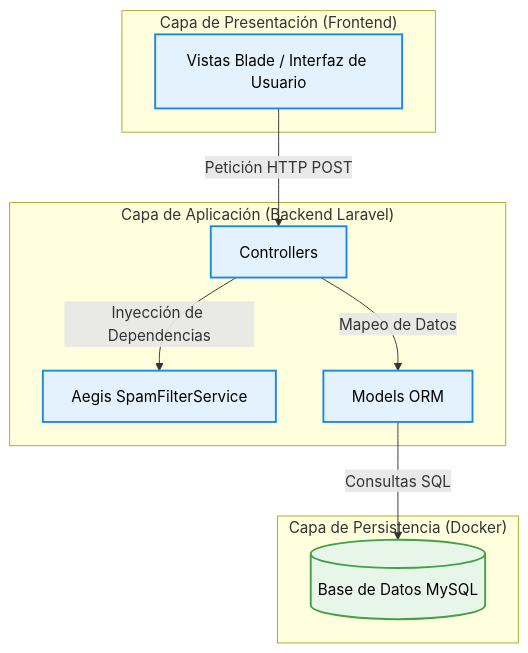
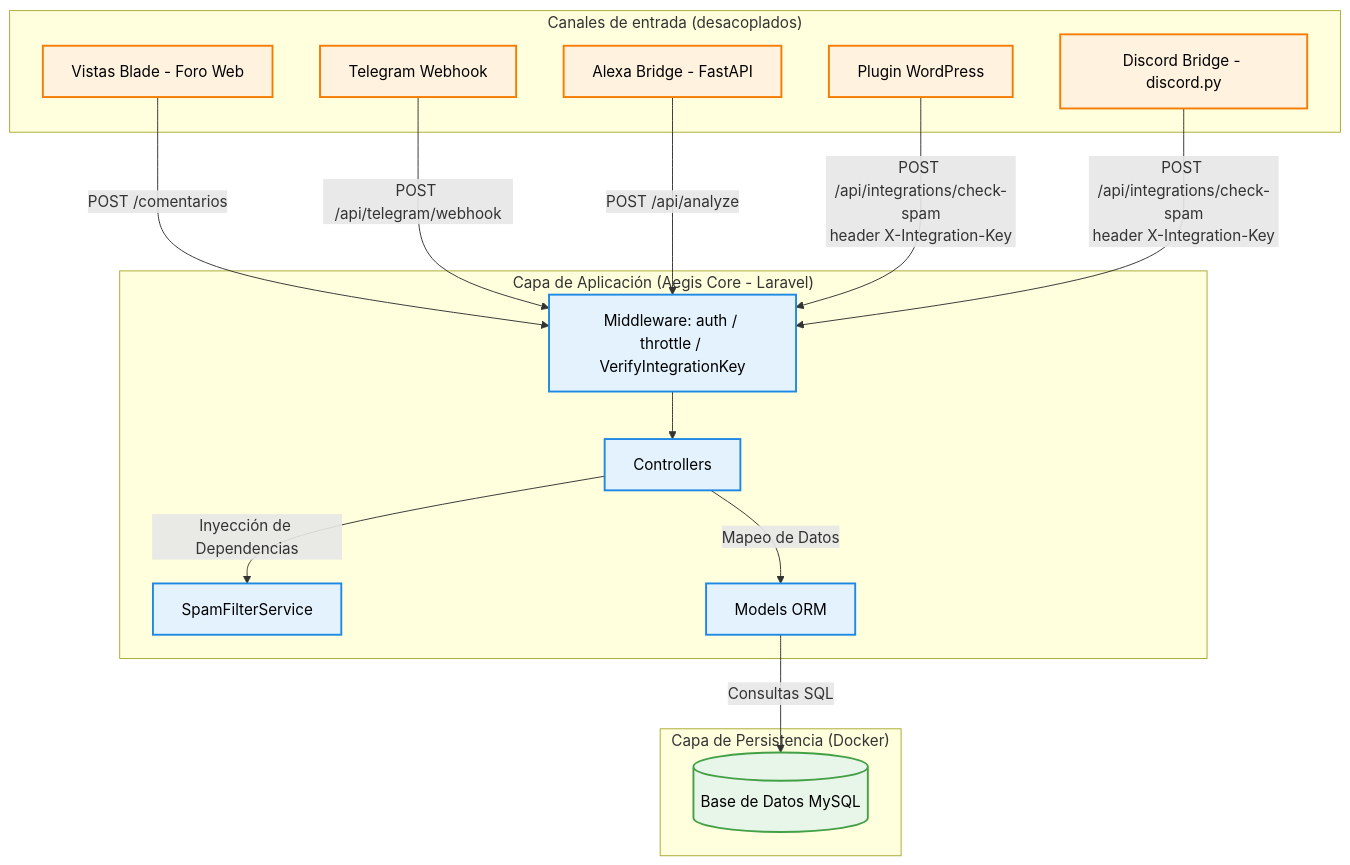
The second of 11 diagrams in docs/FD04-Informe-Arquitectura.md (UPT-FAING-EPIS/proyecto-si784-2026-i-u1-antispam), drawn with Mermaid before and after one commit. The commit also changed other lines of this file, not shown here.

First line of the commit message:
Actualizar diagramas Mermaid del FD04 a la arquitectura real del sistema

````diff
--- a/docs/FD04-Informe-Arquitectura.md
+++ b/docs/FD04-Informe-Arquitectura.md
@@ -147,24 +180,36 @@
 ```mermaid
 flowchart TD
     classDef layer fill:#e3f2fd,stroke:#1e88e5,stroke-width:2px,color:#000
     classDef db fill:#e8f5e9,stroke:#43a047,stroke-width:2px,color:#000
+    classDef external fill:#fff3e0,stroke:#f57c00,stroke-width:2px,color:#000
 
-    subgraph Presentacion ["Capa de Presentación (Frontend)"]
-        UI[Vistas Blade / Interfaz de Usuario]:::layer
+    subgraph Canales ["Canales de entrada (desacoplados)"]
+        UI[Vistas Blade - Foro Web]:::external
+        TG[Telegram Webhook]:::external
+        AX[Alexa Bridge - FastAPI]:::external
+        WP[Plugin WordPress]:::external
+        DC[Discord Bridge - discord.py]:::external
     end
 
-    subgraph Aplicacion ["Capa de Aplicación (Backend Laravel)"]
+    subgraph Aplicacion ["Capa de Aplicación (Aegis Core - Laravel)"]
+        MW[Middleware: auth / throttle / VerifyIntegrationKey]:::layer
         C[Controllers]:::layer
-        S[Aegis SpamFilterService]:::layer
+        S[SpamFilterService]:::layer
         M[Models ORM]:::layer
     end
 
     subgraph Persistencia ["Capa de Persistencia (Docker)"]
         BD[(Base de Datos MySQL)]:::db
     end
 
-    UI -->|Petición HTTP POST| C
+    UI -->|POST /comentarios| MW
+    TG -->|POST /api/telegram/webhook| MW
+    AX -->|POST /api/analyze| MW
+    WP -->|POST /api/integrations/check-spam<br/>header X-Integration-Key| MW
+    DC -->|POST /api/integrations/check-spam<br/>header X-Integration-Key| MW
+
+    MW --> C
     C -->|Inyección de Dependencias| S
     C -->|Mapeo de Datos| M
     M -->|Consultas SQL| BD
 ```
````
